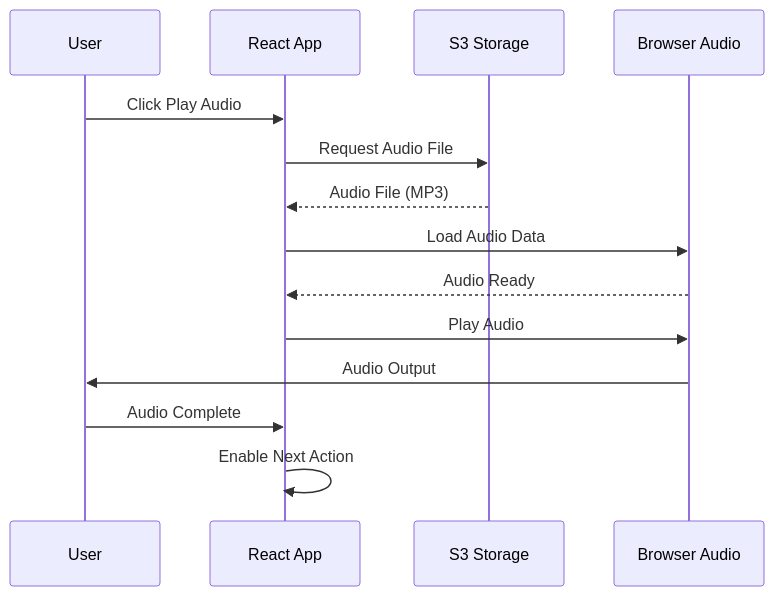
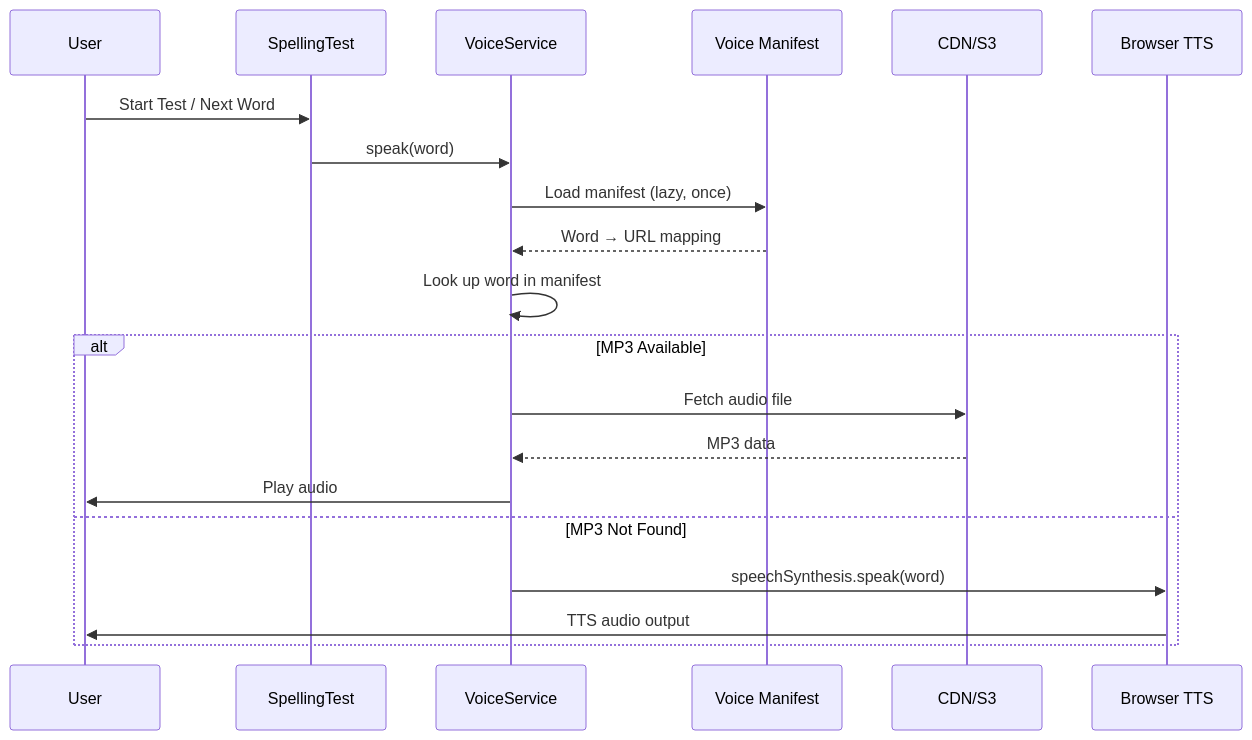
Before and after one commit to getOffIt/spellingWebsite: the tenth of 16 diagrams in .sop/summary/workflows.md, drawn with Mermaid. The commit also changed other lines of this file and 21 other files, not shown here.

First line of the commit message:
Enhance voice integration and word selection architecture

````diff
--- a/.sop/summary/workflows.md
+++ b/.sop/summary/workflows.md
@@ -235,17 +235,24 @@
 ```mermaid
 sequenceDiagram
     participant U as User
-    participant R as React App
-    participant S as S3 Storage
-    participant B as Browser Audio
+    participant ST as SpellingTest
+    participant VS as VoiceService
+    participant M as Voice Manifest
+    participant CDN as CDN/S3
+    participant TTS as Browser TTS
     
-    U->>R: Click Play Audio
-    R->>S: Request Audio File
-    S-->>R: Audio File (MP3)
-    R->>B: Load Audio Data
-    B-->>R: Audio Ready
-    R->>B: Play Audio
-    B->>U: Audio Output
-    U->>R: Audio Complete
-    R->>R: Enable Next Action
+    U->>ST: Start Test / Next Word
+    ST->>VS: speak(word)
+    VS->>M: Load manifest (lazy, once)
+    M-->>VS: Word → URL mapping
+    VS->>VS: Look up word in manifest
+    
+    alt MP3 Available
+        VS->>CDN: Fetch audio file
+        CDN-->>VS: MP3 data
+        VS->>U: Play audio
+    else MP3 Not Found
+        VS->>TTS: speechSynthesis.speak(word)
+        TTS->>U: TTS audio output
+    end
 ```
````
